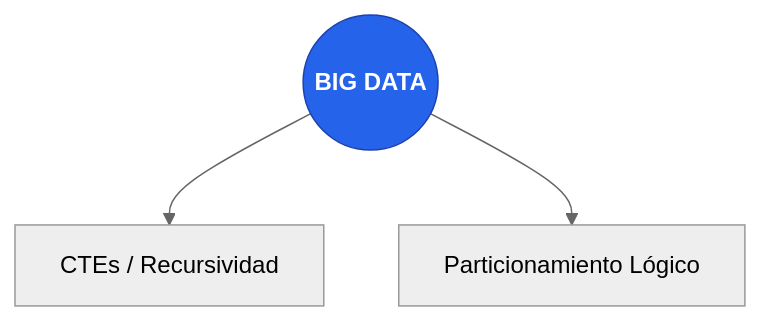
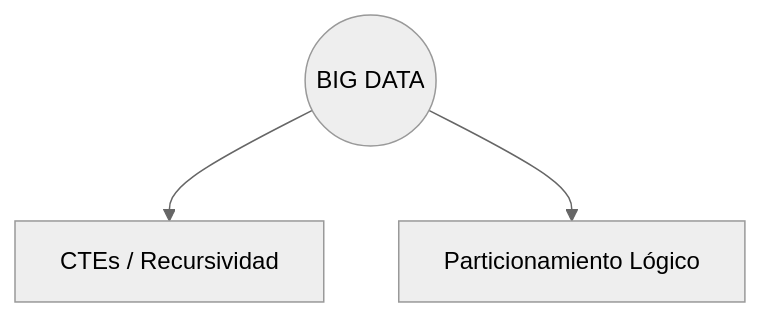
The fifth of 12 diagrams in README.md (rraulherediaa/PracticasEstructurasDatos), drawn with Mermaid (neutral theme) before and after one commit. The commit also changed other lines of this file and 1 other file, not shown here.

Commit message:
fix: simplificar diagramas Mermaid al máximo para asegurar compatibilidad total

````diff
--- a/README.md
+++ b/README.md
@@ -71,9 +59,6 @@
 ```mermaid
 flowchart TD
     Data(("BIG DATA"))
     Data --> CTE["CTEs / Recursividad"]
     Data --> Part["Particionamiento Lógico"]
-
-    classDef central fill:#2563eb,color:#fff,font-weight:bold,stroke:#1e40af
-    class Data central
 ```
````
